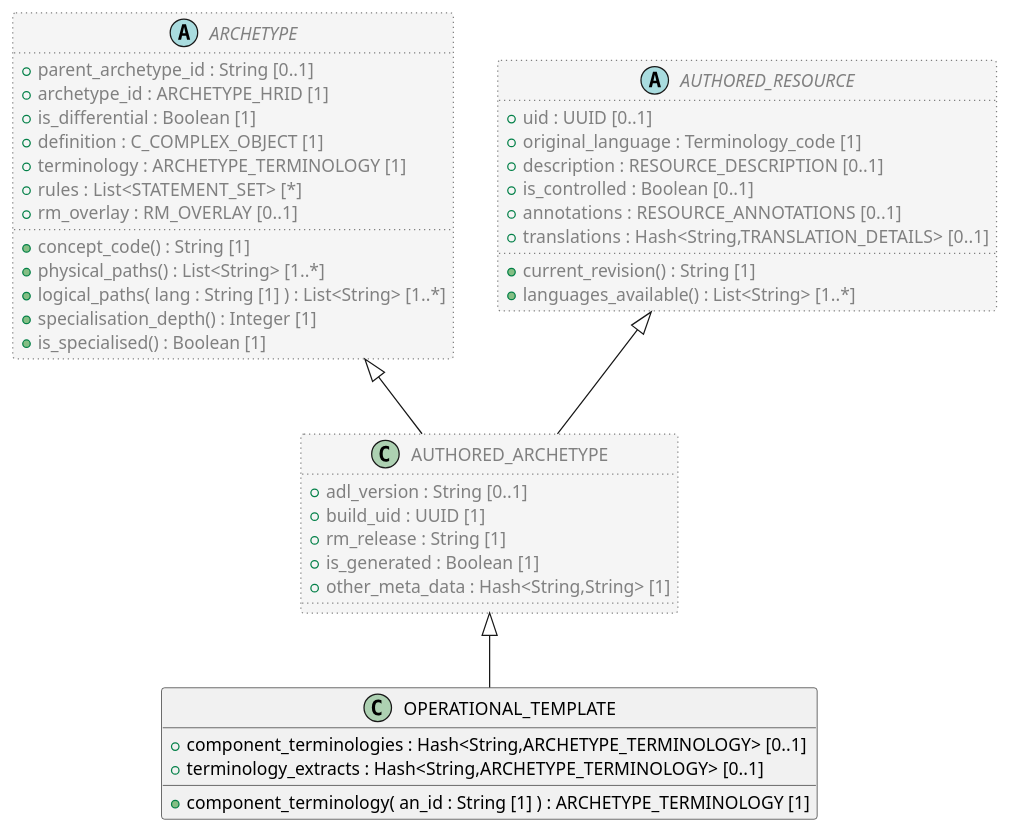
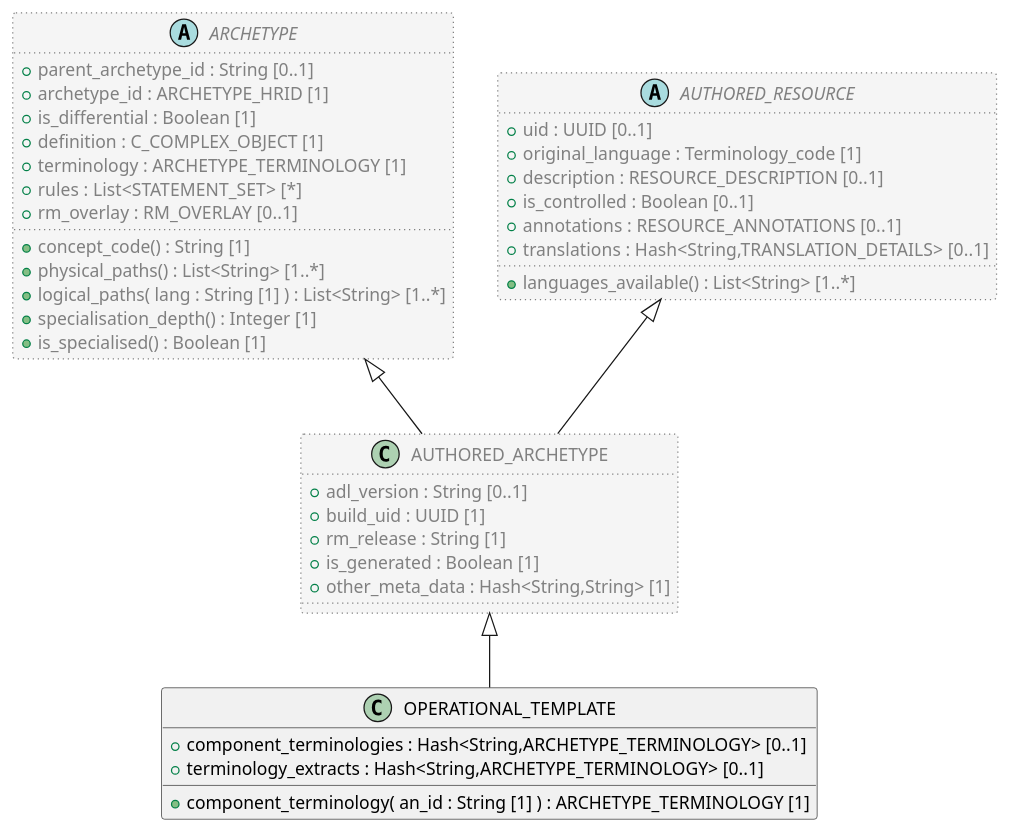
The diagram in code/Adoc/openehr_am_2.3.0/plantUML/classes/aom2.operational_template.adoc (sebastian-iancu/code-generator), drawn with PlantUML before and after one commit. The commit also changed 421 other files, not shown here.

```diff
--- a/code/Adoc/openehr_am_2.3.0/plantUML/classes/aom2.operational_template.adoc
+++ b/code/Adoc/openehr_am_2.3.0/plantUML/classes/aom2.operational_template.adoc
@@ -1,53 +1,52 @@
 [plantuml,OPERATIONAL_TEMPLATE,format=svg]
 -----
 @startuml
 
 class OPERATIONAL_TEMPLATE {
   + component_terminologies : Hash<String,ARCHETYPE_TERMINOLOGY> [0..1]
   + terminology_extracts : Hash<String,ARCHETYPE_TERMINOLOGY> [0..1]
   + component_terminology( an_id : String [1] ) : ARCHETYPE_TERMINOLOGY [1]
 }
 
 class AUTHORED_ARCHETYPE  #whitesmoke;line:gray;line.dotted;text:gray {
   + adl_version : String [0..1]
   + build_uid : UUID [1]
   + rm_release : String [1]
   + is_generated : Boolean [1]
   + other_meta_data : Hash<String,String> [1]
 }
 
 abstract class ARCHETYPE  #whitesmoke;line:gray;line.dotted;text:gray {
   + parent_archetype_id : String [0..1]
   + archetype_id : ARCHETYPE_HRID [1]
   + is_differential : Boolean [1]
   + definition : C_COMPLEX_OBJECT [1]
   + terminology : ARCHETYPE_TERMINOLOGY [1]
   + rules : List<STATEMENT_SET> [*]
   + rm_overlay : RM_OVERLAY [0..1]
   + concept_code() : String [1]
   + physical_paths() : List<String> [1..*]
   + logical_paths( lang : String [1] ) : List<String> [1..*]
   + specialisation_depth() : Integer [1]
   + is_specialised() : Boolean [1]
 }
 
 ARCHETYPE <|-- AUTHORED_ARCHETYPE
 
 abstract class AUTHORED_RESOURCE  #whitesmoke;line:gray;line.dotted;text:gray {
   + uid : UUID [0..1]
   + original_language : Terminology_code [1]
   + description : RESOURCE_DESCRIPTION [0..1]
   + is_controlled : Boolean [0..1]
   + annotations : RESOURCE_ANNOTATIONS [0..1]
   + translations : Hash<String,TRANSLATION_DETAILS> [0..1]
-  + current_revision() : String [1]
   + languages_available() : List<String> [1..*]
 }
 
 AUTHORED_RESOURCE <|-- AUTHORED_ARCHETYPE
 
 AUTHORED_ARCHETYPE <|-- OPERATIONAL_TEMPLATE
 
 
 @enduml
 -----
```
